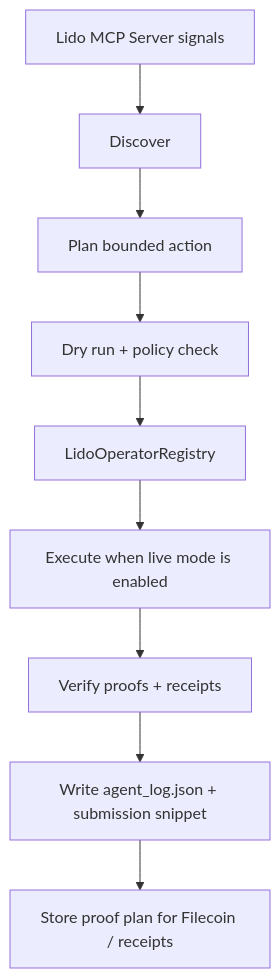
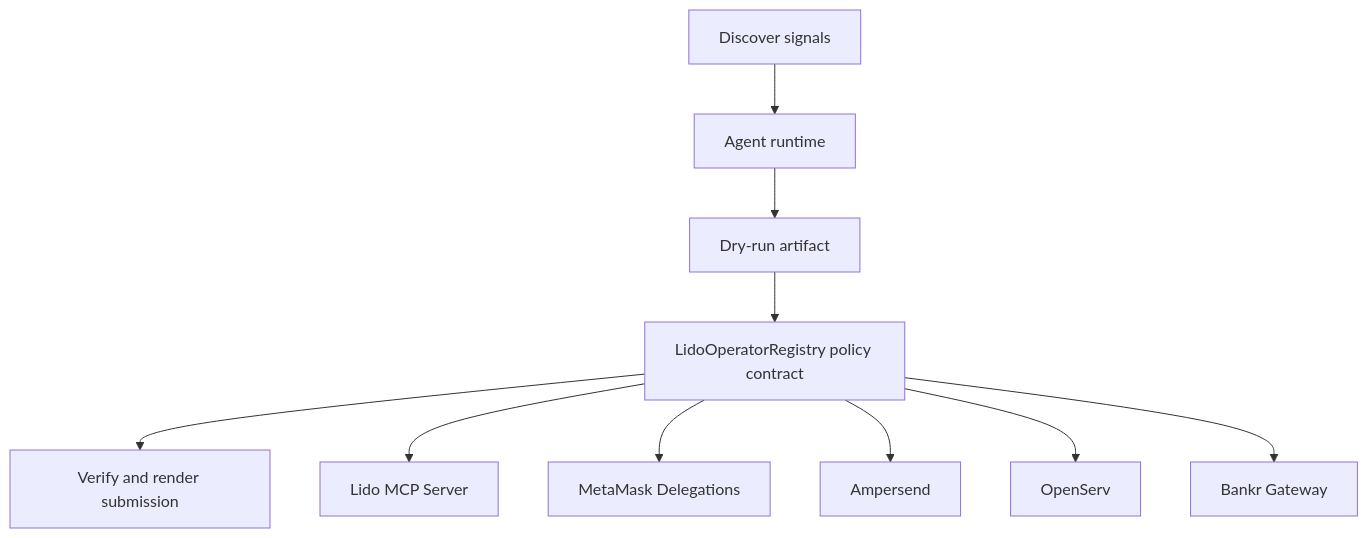
One commit to CrystallineButterfly/Synthesis-Lido-MCPServer changed the diagram in README.md. Above: the diagram before and after it, drawn with Mermaid. The commit also changed other lines of this file and 998 other files, not shown here.

Commit message:
Implement bounded agent runtime

````diff
--- a/README.md
+++ b/README.md
@@ -29,11 +26,14 @@
-        ```mermaid
-        flowchart TD
-    Signals[Lido MCP Server signals] --> Discover[Discover]
-    Discover --> Plan[Plan bounded action]
-    Plan --> DryRun[Dry run + policy check]
-    DryRun --> Guard[LidoOperatorRegistry]
-    Guard --> Execute[Execute when live mode is enabled]
-    Execute --> Verify[Verify proofs + receipts]
-    Verify --> Persist[Write agent_log.json + submission snippet]
-    Persist --> Storage[Store proof plan for Filecoin / receipts]
-        ```
+```mermaid
+flowchart TD
+    Signals[Discover signals]
+    Planner[Agent runtime]
+    DryRun[Dry-run artifact]
+    Contract[LidoOperatorRegistry policy contract]
+    Verify[Verify and render submission]
+    Signals --> Planner --> DryRun --> Contract --> Verify
+    Contract --> lido_mcp_server[Lido MCP Server]
+    Contract --> metamask_delegations[MetaMask Delegations]
+    Contract --> ampersend[Ampersend]
+    Contract --> openserv[OpenServ]
+    Contract --> bankr_gateway[Bankr Gateway]
+```
````
